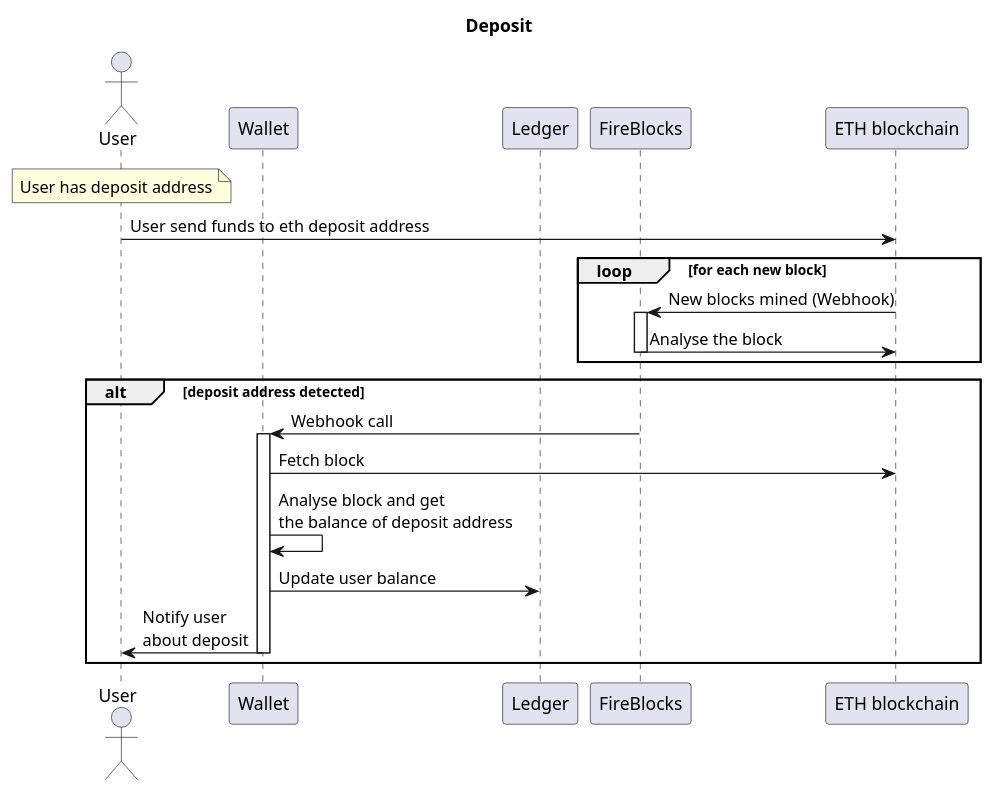
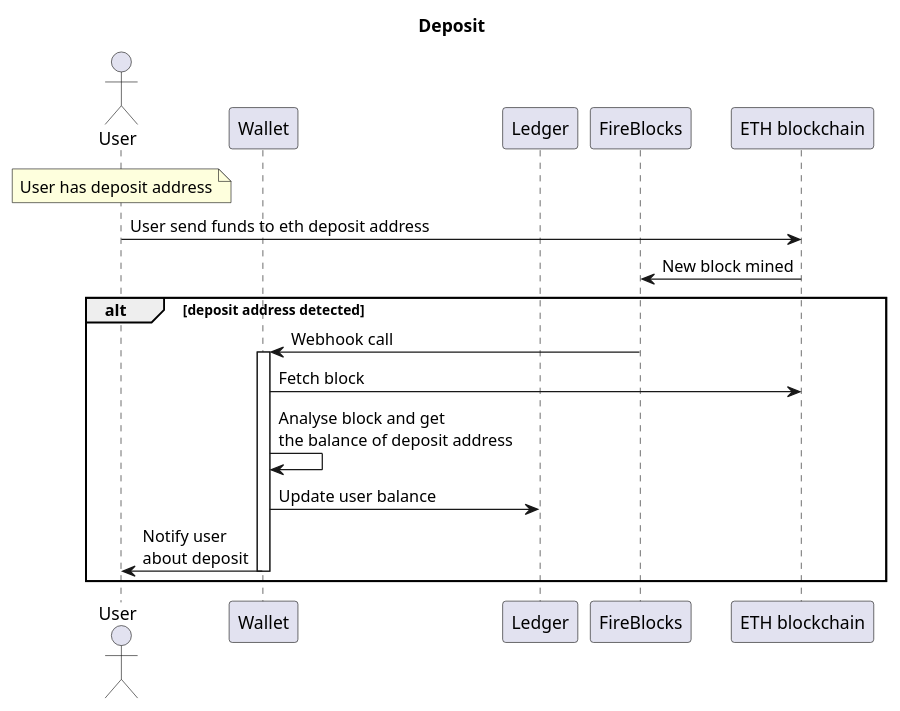
The diagram in deposit_sequence.puml (localtradersteam/Sequense-Diagrams), drawn with PlantUML before and after one commit. The commit also changed 1 other file, not shown here.

```diff
--- a/deposit_sequence.puml
+++ b/deposit_sequence.puml
@@ -1,27 +1,24 @@
 @startuml
 
 title "Deposit"
 
 actor "User" as u
 
 participant "Wallet" as wallet
 participant "Ledger" as ledger
 participant "FireBlocks" as fb
 participant "ETH blockchain" as eb
 
 note over u: User has deposit address
 
 u -> eb: User send funds to eth deposit address
-loop for each new block
-eb -> fb++: New blocks mined (Webhook)
-fb -> eb--: Analyse the block
-end
+eb -> fb: New block mined
 
 alt deposit address detected
 fb -> wallet++: Webhook call
 wallet -> eb: Fetch block
 wallet -> wallet: Analyse block and get\nthe balance of deposit address
 wallet -> ledger: Update user balance
 wallet -> u--: Notify user\nabout deposit
 end group
 @enduml
```
